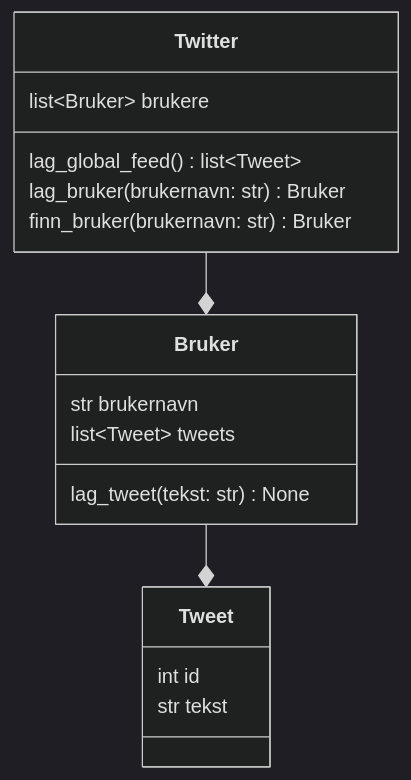
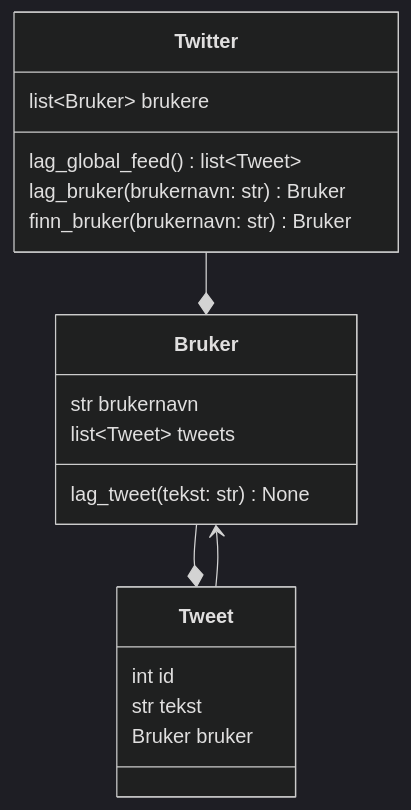
Before and after one commit to thorcc/it2-bok: the first of 2 diagrams in src/content/docs/twitter/1-ide.mdx, drawn with Mermaid (dark theme). The commit also changed other lines of this file and 3 other files, not shown here.

````diff
--- a/src/content/docs/twitter/1-ide.mdx
+++ b/src/content/docs/twitter/1-ide.mdx
@@ -35,23 +21,25 @@
 ```mermaid
 classDiagram
     Twitter --* Bruker
     Bruker --* Tweet
+    Tweet --> Bruker
 
     class Twitter {
         list~Bruker~ brukere
         lag_global_feed() list~Tweet~
         lag_bruker(brukernavn: str) Bruker
         finn_bruker(brukernavn: str) Bruker
     }
 
     class Bruker {
         str brukernavn
         list~Tweet~ tweets
         lag_tweet(tekst: str) None
     }
 
     class Tweet {
         int id
         str tekst
+        Bruker bruker
     }
 ```
````
